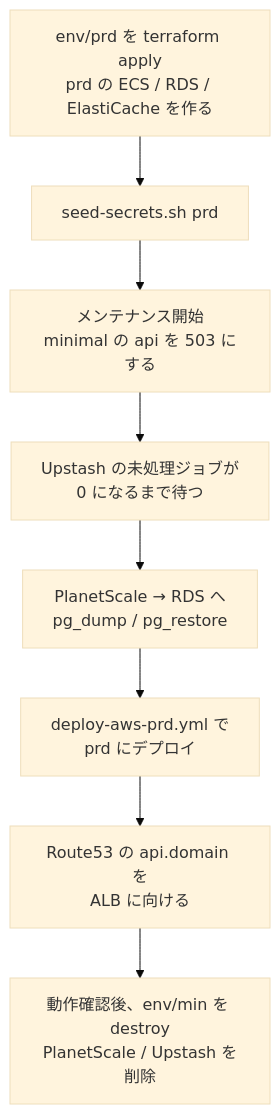
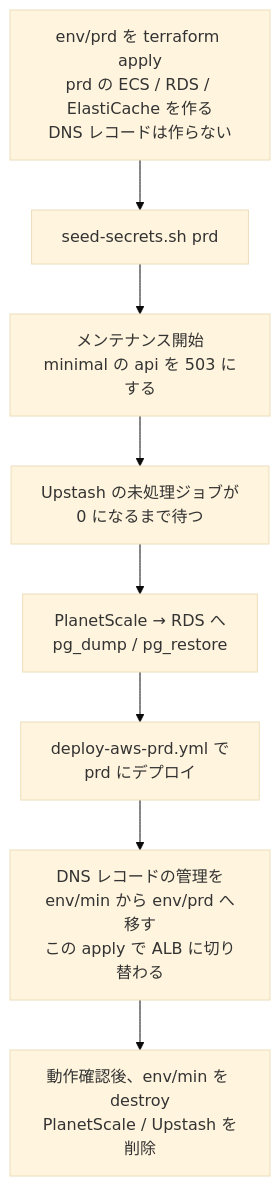
One commit to kentakki416/project-template changed the diagram in docs/spec/minimal-deploy/deferred-migrate-to-standard.md. Above: the diagram before and after it, drawn with Mermaid (base theme). The commit also changed other lines of this file and 3 other files, not shown here.

````diff
--- a/docs/spec/minimal-deploy/deferred-migrate-to-standard.md
+++ b/docs/spec/minimal-deploy/deferred-migrate-to-standard.md
@@ -29,10 +29,10 @@
 ```mermaid
 flowchart TD
-    A[env/prd を terraform apply<br/>prd の ECS / RDS / ElastiCache を作る] --> B[seed-secrets.sh prd]
+    A[env/prd を terraform apply<br/>prd の ECS / RDS / ElastiCache を作る<br/>DNS レコードは作らない] --> B[seed-secrets.sh prd]
     B --> C[メンテナンス開始<br/>minimal の api を 503 にする]
     C --> D[Upstash の未処理ジョブが<br/>0 になるまで待つ]
     D --> E[PlanetScale → RDS へ<br/>pg_dump / pg_restore]
     E --> F[deploy-aws-prd.yml で<br/>prd にデプロイ]
-    F --> G[Route53 の api.domain を<br/>ALB に向ける]
+    F --> G[DNS レコードの管理を<br/>env/min から env/prd へ移す<br/>この apply で ALB に切り替わる]
     G --> H[動作確認後、env/min を destroy<br/>PlanetScale / Upstash を削除]
 ```
````
